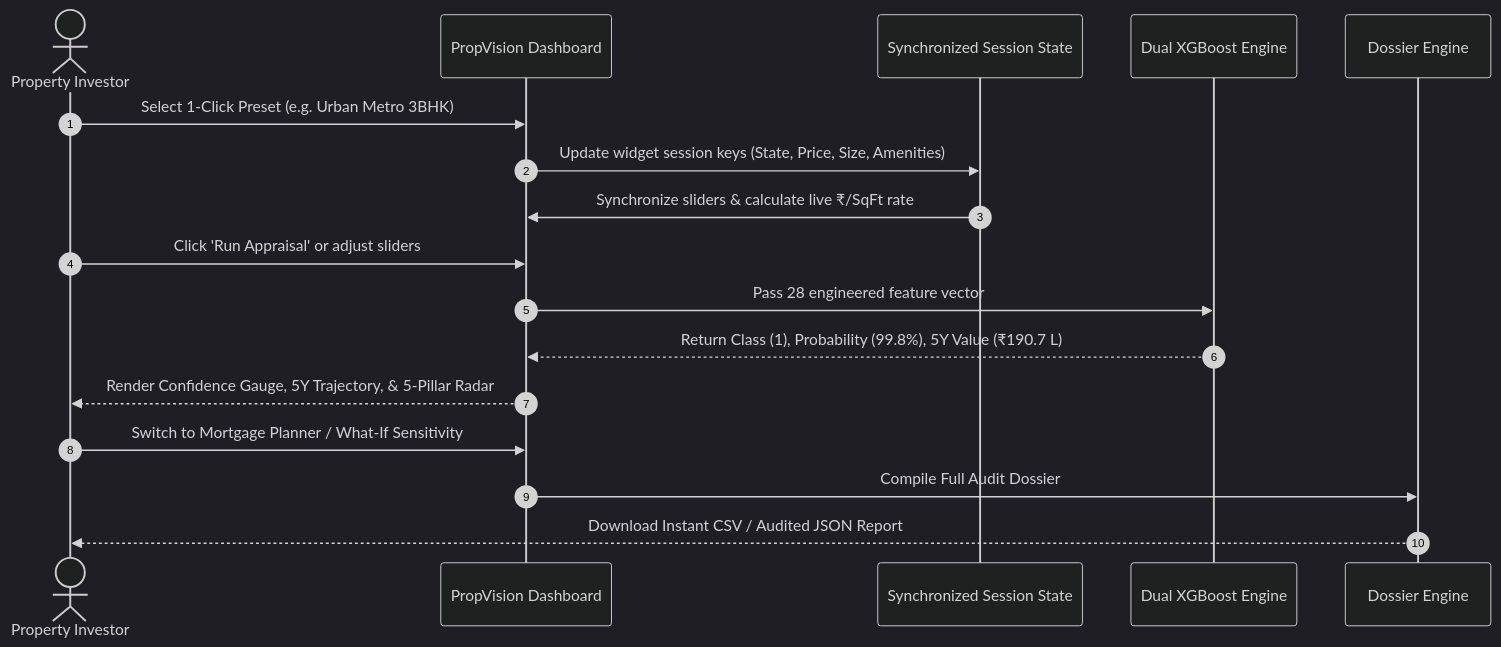
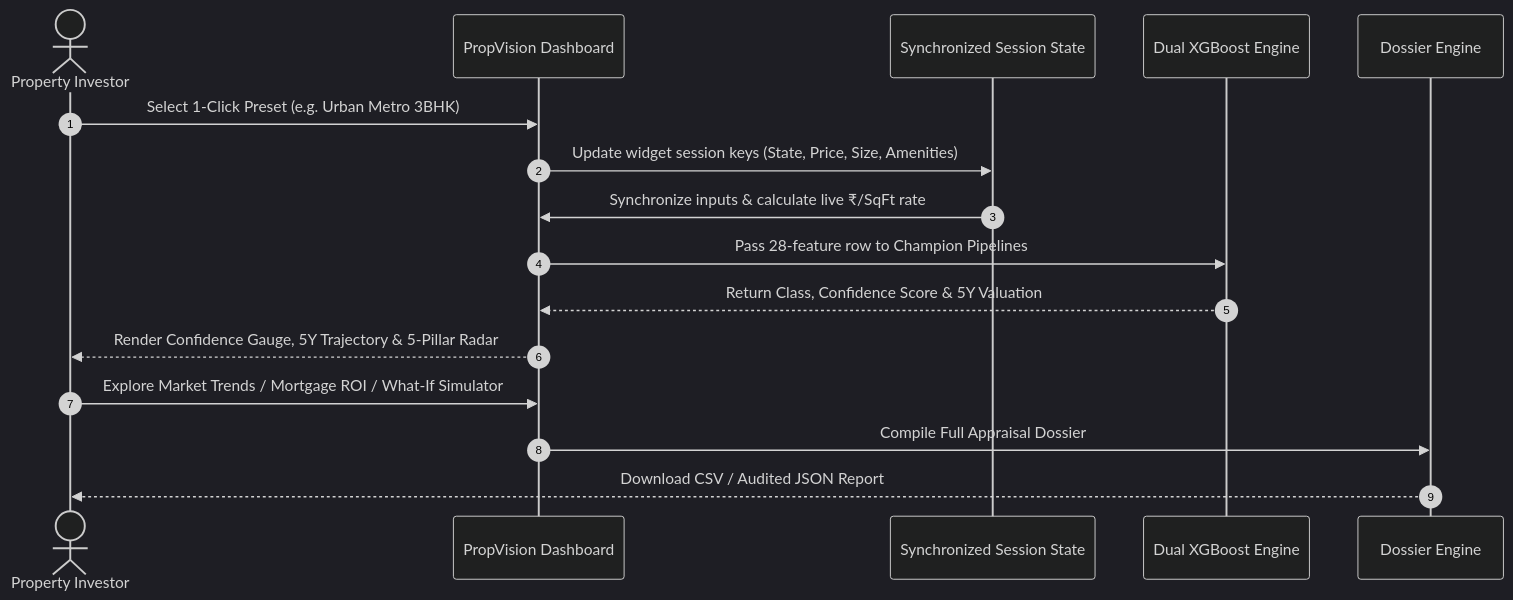
One commit to pvsairavish/Real-Estate-Investment-Advisor-Predicting-Property-Profitability-Future-Value changed the second of 2 diagrams in README.md. Above: the diagram before and after it, drawn with Mermaid (dark theme). The commit also changed other lines of this file and 4 other files, not shown here.

````diff
--- a/README.md
+++ b/README.md
@@ -152,20 +177,19 @@
 ```mermaid
 sequenceDiagram
     autonumber
     actor Investor as Property Investor
     participant UI as PropVision Dashboard
     participant State as Synchronized Session State
     participant ML as Dual XGBoost Engine
     participant Export as Dossier Engine
 
     Investor->>UI: Select 1-Click Preset (e.g. Urban Metro 3BHK)
     UI->>State: Update widget session keys (State, Price, Size, Amenities)
-    State->>UI: Synchronize sliders & calculate live ₹/SqFt rate
-    Investor->>UI: Click 'Run Appraisal' or adjust sliders
-    UI->>ML: Pass 28 engineered feature vector
-    ML-->>UI: Return Class (1), Probability (99.8%), 5Y Value (₹190.7 L)
-    UI-->>Investor: Render Confidence Gauge, 5Y Trajectory, & 5-Pillar Radar
-    Investor->>UI: Switch to Mortgage Planner / What-If Sensitivity
-    UI->>Export: Compile Full Audit Dossier
-    Export-->>Investor: Download Instant CSV / Audited JSON Report
+    State->>UI: Synchronize inputs & calculate live ₹/SqFt rate
+    UI->>ML: Pass 28-feature row to Champion Pipelines
+    ML-->>UI: Return Class, Confidence Score & 5Y Valuation
+    UI-->>Investor: Render Confidence Gauge, 5Y Trajectory & 5-Pillar Radar
+    Investor->>UI: Explore Market Trends / Mortgage ROI / What-If Simulator
+    UI->>Export: Compile Full Appraisal Dossier
+    Export-->>Investor: Download CSV / Audited JSON Report
 ```
````
